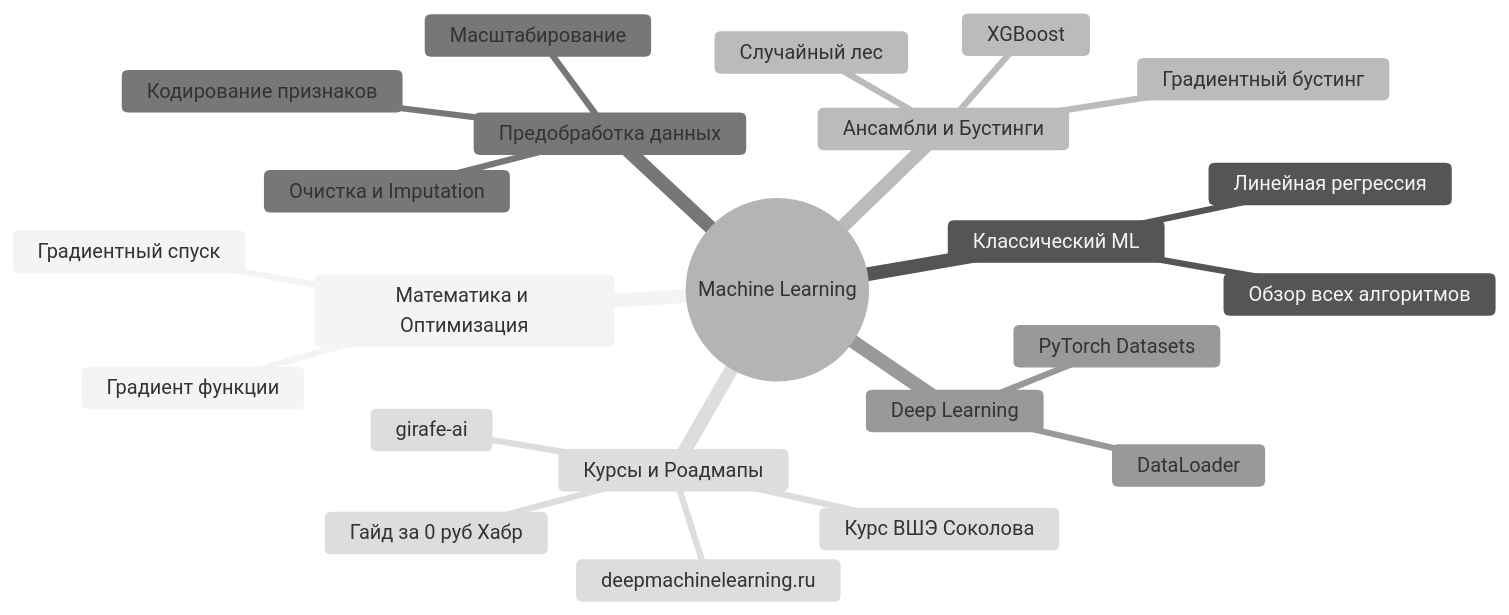
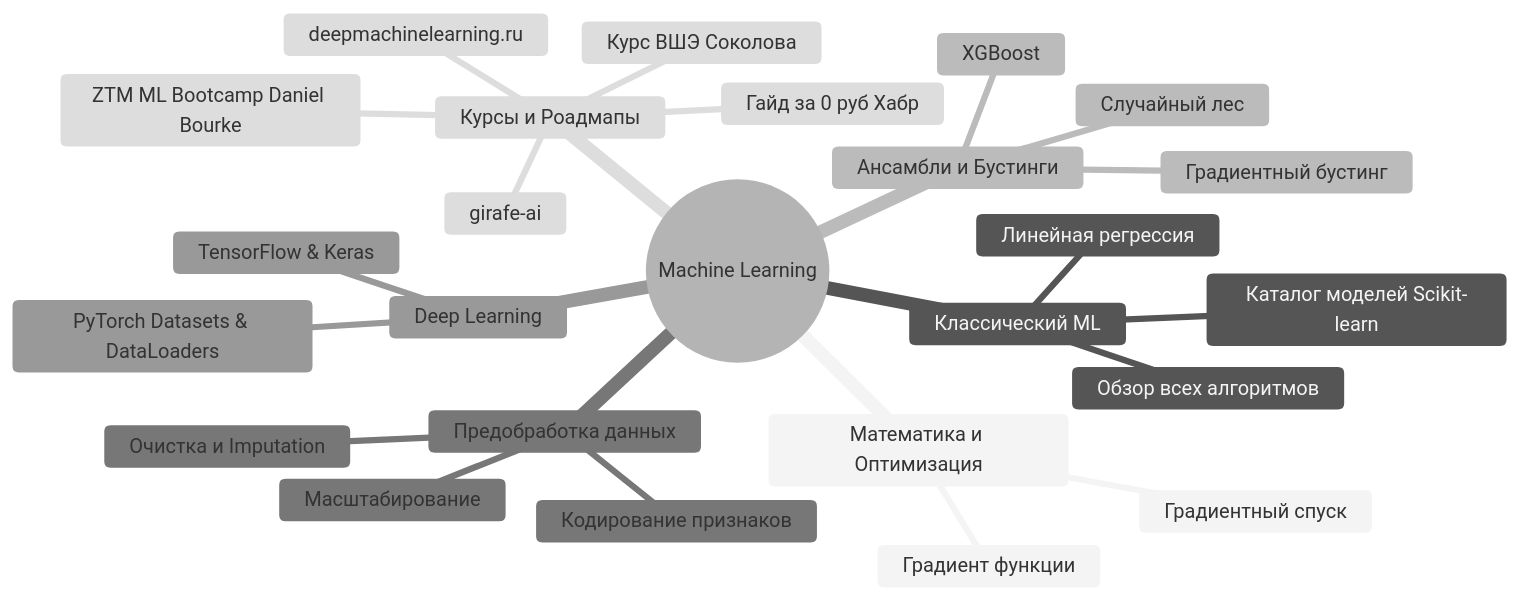
Before and after one commit to nenubics/ml_learning: the diagram in 00 - MOC (Карты знаний)/00.00 - Главный Индекс ML.md, drawn with Mermaid (neutral theme). The commit also changed other lines of this file and 5 other files, not shown here.

Commit message:
feat: add ZTM ML Bootcamp course notes and Scikit-learn models cheatsheet

````diff
--- a/00 - MOC (Карты знаний)/00.00 - Главный Индекс ML.md
+++ b/00 - MOC (Карты знаний)/00.00 - Главный Индекс ML.md
@@ -24,26 +24,28 @@
 ```mermaid
 mindmap
   root((Machine Learning))
     Математика и Оптимизация
       Градиент функции
       Градиентный спуск
     Классический ML
       Линейная регрессия
       Обзор всех алгоритмов
+      Каталог моделей Scikit-learn
     Ансамбли и Бустинги
       Случайный лес
       Градиентный бустинг
       XGBoost
     Предобработка данных
       Очистка и Imputation
       Кодирование признаков
       Масштабирование
     Deep Learning
-      PyTorch Datasets
-      DataLoader
+      PyTorch Datasets & DataLoaders
+      TensorFlow & Keras
     Курсы и Роадмапы
+      ZTM ML Bootcamp Daniel Bourke
       Гайд за 0 руб Хабр
       Курс ВШЭ Соколова
       girafe-ai
       deepmachinelearning.ru
 ```
````
